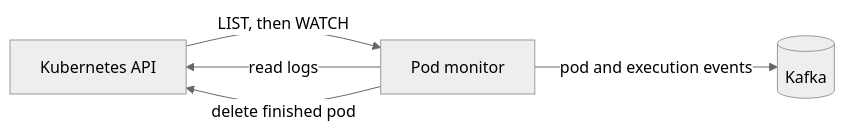
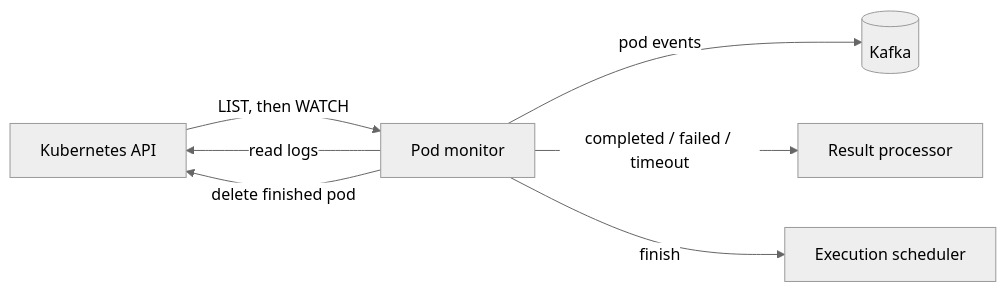
Before and after one commit to HardMax71/Integr8sCode: the diagram in docs/components/workers/pod_monitor.md, drawn with Mermaid (neutral theme). The commit also changed other lines of this file and 119 other files, not shown here.

````diff
--- a/docs/components/workers/pod_monitor.md
+++ b/docs/components/workers/pod_monitor.md
@@ -5,7 +5,9 @@
 ```mermaid
 graph LR
     K8s[Kubernetes API] -->|LIST, then WATCH| Monitor[Pod monitor]
     Monitor -->|read logs| K8s
-    Monitor -->|pod and execution events| Kafka[(Kafka)]
+    Monitor -->|pod events| Kafka[(Kafka)]
+    Monitor -->|completed / failed / timeout| Result[Result processor]
     Monitor -->|delete finished pod| K8s
+    Monitor -->|finish| Sched[Execution scheduler]
 ```
````
